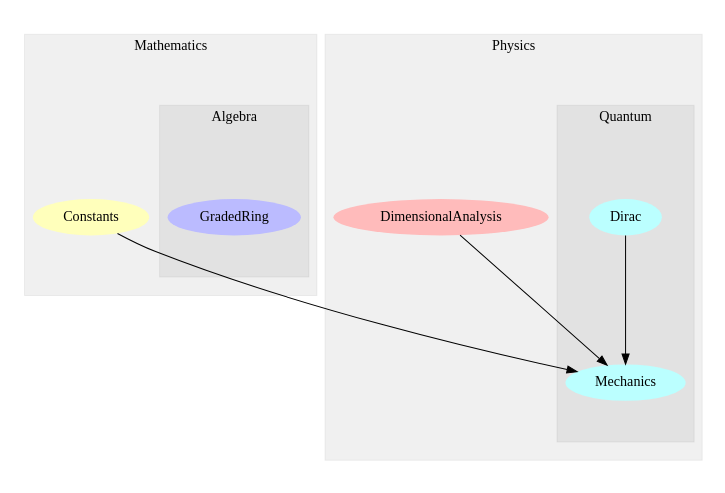
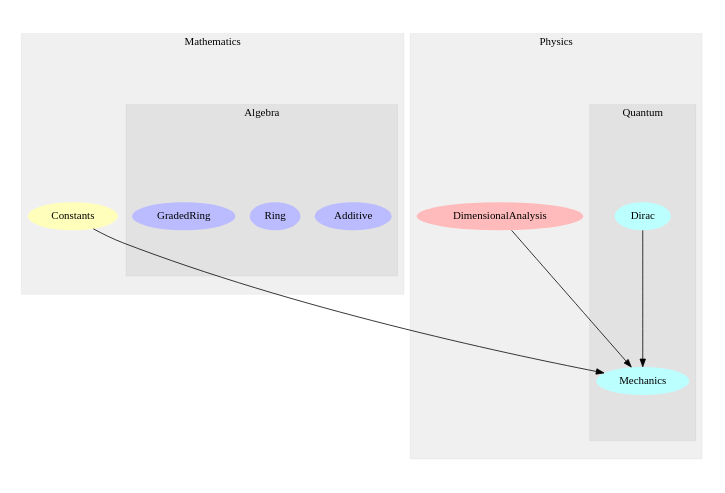
One commit to wi11dey/Physikell changed the diagram in Modules.dot. Above: the diagram before and after it, drawn with Graphviz. The commit also changed 2 other files, not shown here.

```diff
--- a/Modules.dot
+++ b/Modules.dot
@@ -1,47 +1,55 @@
 digraph G {
     graph [size="6,4"];
     graph [ratio=fill];
     subgraph cluster_0 {
         graph [label=Mathematics];
         graph [color="#0000000f"];
         graph [style=filled];
-        u1 [label=Constants
+        u3 [label=Constants
            ,style=filled
            ,fillcolor="#ffffbb"
            ,penwidth=0];
         subgraph cluster_1 {
             graph [label=Algebra];
             graph [color="#0000000f"];
             graph [style=filled];
-            u0 [label=GradedRing
+            u0 [label=Additive
+               ,style=filled
+               ,fillcolor="#bbbbff"
+               ,penwidth=0];
+            u1 [label=Ring
+               ,style=filled
+               ,fillcolor="#bbbbff"
+               ,penwidth=0];
+            u2 [label=GradedRing
                ,style=filled
                ,fillcolor="#bbbbff"
                ,penwidth=0];
         }
     }
     subgraph cluster_2 {
         graph [label=Physics];
         graph [color="#0000000f"];
         graph [style=filled];
-        u2 [label=DimensionalAnalysis
+        u4 [label=DimensionalAnalysis
            ,style=filled
            ,fillcolor="#ffbbbb"
            ,penwidth=0];
         subgraph cluster_3 {
             graph [label=Quantum];
             graph [color="#0000000f"];
             graph [style=filled];
-            u3 [label=Dirac
+            u5 [label=Dirac
                ,style=filled
                ,fillcolor="#bbffff"
                ,penwidth=0];
-            u4 [label=Mechanics
+            u6 [label=Mechanics
                ,style=filled
                ,fillcolor="#bbffff"
                ,penwidth=0];
         }
     }
-    u1 -> u4;
-    u2 -> u4;
-    u3 -> u4;
+    u3 -> u6;
+    u4 -> u6;
+    u5 -> u6;
 }
```
